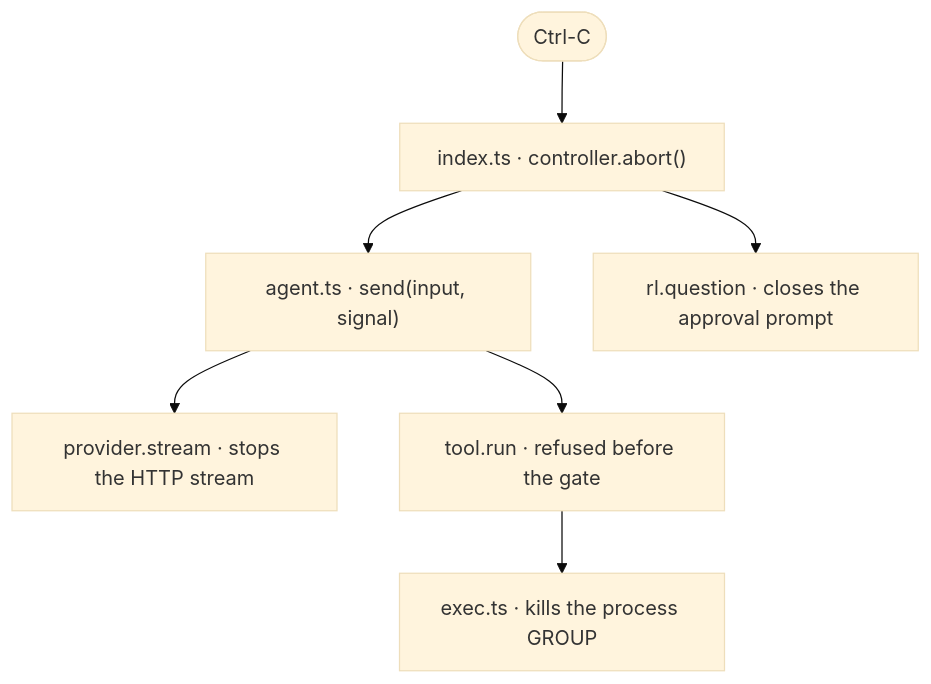
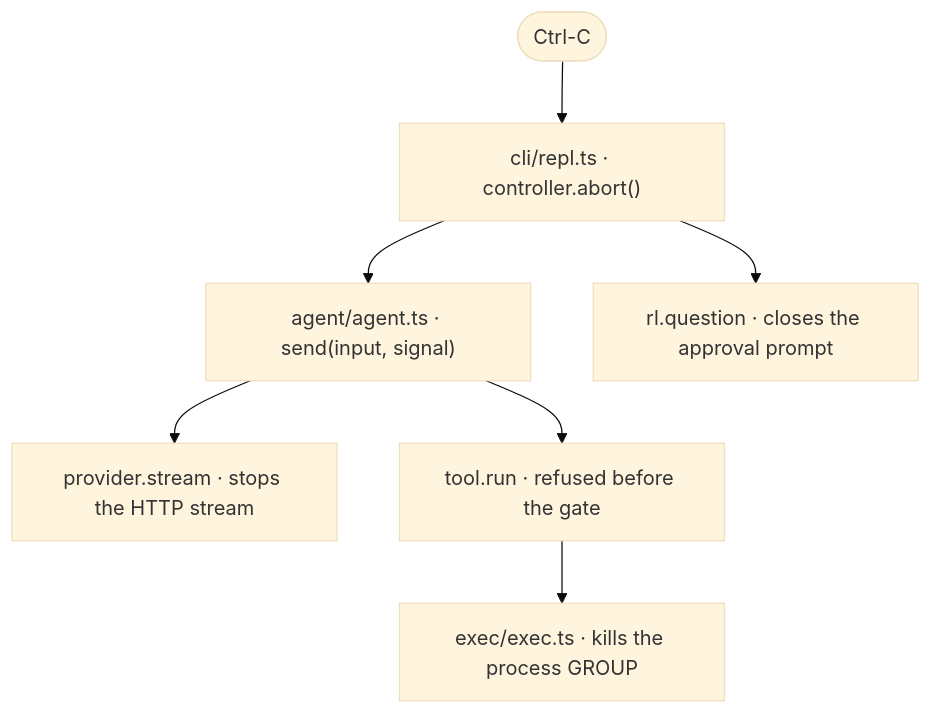
One commit to bairoy/KRIMICODE changed the second of 2 diagrams in learning/day-3/07-concepts-cheatsheet.md. Above: the diagram before and after it, drawn with Mermaid (base theme). The commit also changed 22 other files, not shown here.

````diff
--- a/learning/day-3/07-concepts-cheatsheet.md
+++ b/learning/day-3/07-concepts-cheatsheet.md
@@ -199,9 +199,9 @@
 ```mermaid
 flowchart TD
-    A(["Ctrl-C"]) --> B["index.ts · controller.abort()"]
-    B --> C["agent.ts · send(input, signal)"]
+    A(["Ctrl-C"]) --> B["cli/repl.ts · controller.abort()"]
+    B --> C["agent/agent.ts · send(input, signal)"]
     C --> D["provider.stream · stops the HTTP stream"]
     C --> E["tool.run · refused before the gate"]
-    E --> F["exec.ts · kills the process GROUP"]
+    E --> F["exec/exec.ts · kills the process GROUP"]
     B --> G["rl.question · closes the approval prompt"]
 ```
````
